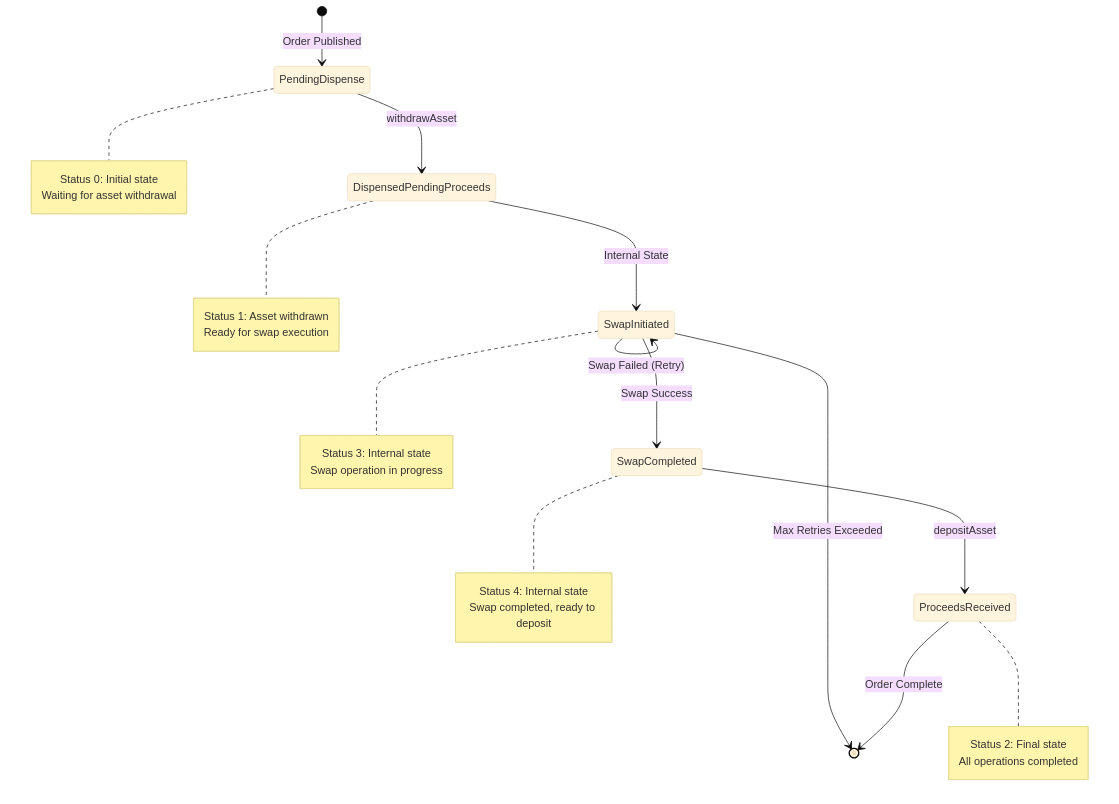
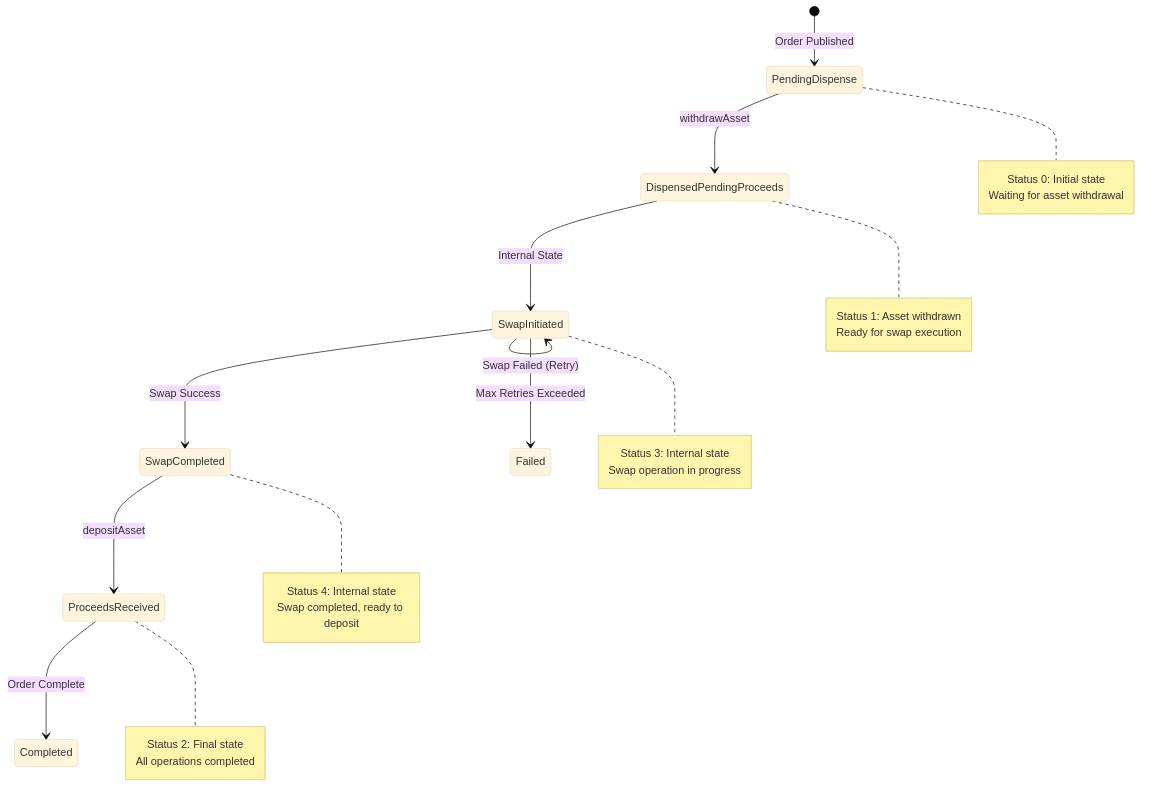
Before and after one commit to Semantic-Layer/svf-42-agi-solver: the third of 3 diagrams in agi-solver-architecture.md, drawn with Mermaid (base theme).

````diff
--- a/agi-solver-architecture.md
+++ b/agi-solver-architecture.md
@@ -124,39 +124,39 @@
 ```mermaid
 stateDiagram-v2
     [*] --> PendingDispense: Order Published
     
     PendingDispense --> DispensedPendingProceeds: withdrawAsset
     DispensedPendingProceeds --> SwapInitiated: Internal State
     
     SwapInitiated --> SwapCompleted: Swap Success
     SwapInitiated --> SwapInitiated: Swap Failed (Retry)
-    SwapInitiated --> [*]: Max Retries Exceeded
+    SwapInitiated --> Failed: Max Retries Exceeded
     
     SwapCompleted --> ProceedsReceived: depositAsset
-    ProceedsReceived --> [*]: Order Complete
+    ProceedsReceived --> Completed: Order Complete
     
     note right of PendingDispense
         Status 0: Initial state
         Waiting for asset withdrawal
     end note
     
     note right of DispensedPendingProceeds
         Status 1: Asset withdrawn
         Ready for swap execution
     end note
     
     note right of SwapInitiated
         Status 3: Internal state
         Swap operation in progress
     end note
     
     note right of SwapCompleted
         Status 4: Internal state
         Swap completed, ready to deposit
     end note
     
     note right of ProceedsReceived
         Status 2: Final state
         All operations completed
     end note
 ```
````
